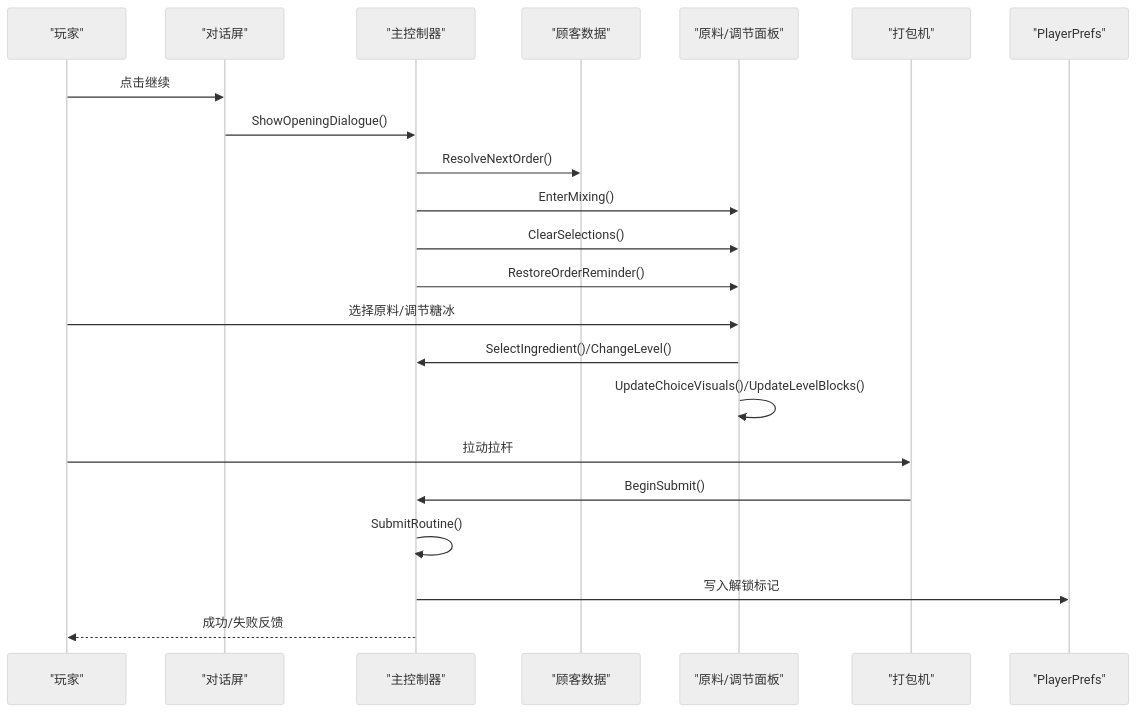
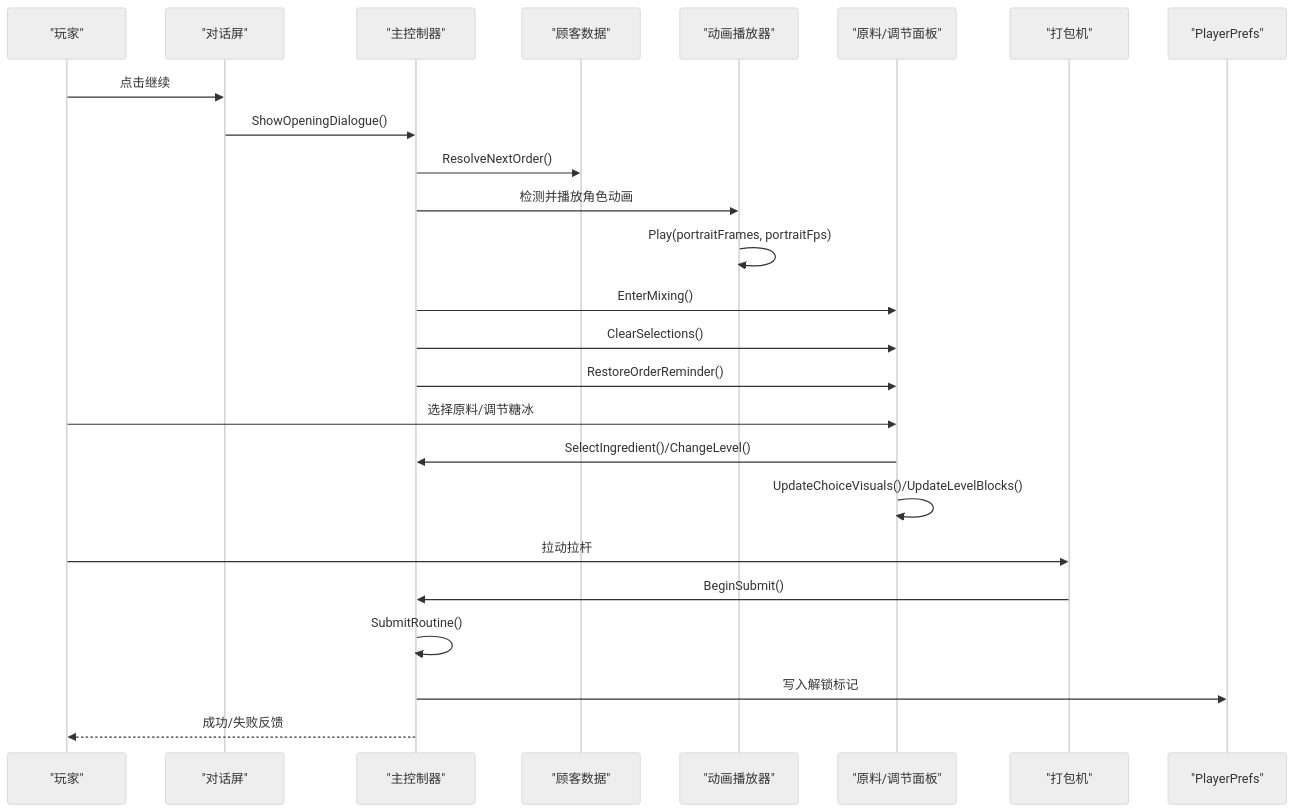
One commit to Thanatos42/-demo changed the second of 10 diagrams in .qoder/repowiki/zh/content/原料管理机制.md. Above: the diagram before and after it, drawn with Mermaid (neutral theme). The commit also changed other lines of this file and 56 other files, not shown here.

````diff
--- a/.qoder/repowiki/zh/content/原料管理机制.md
+++ b/.qoder/repowiki/zh/content/原料管理机制.md
@@ -109,24 +122,27 @@
 ```mermaid
 sequenceDiagram
 participant User as "玩家"
 participant Dialog as "对话屏"
 participant Controller as "主控制器"
 participant Customer as "顾客数据"
+participant Animator as "动画播放器"
 participant Panel as "原料/调节面板"
 participant Machine as "打包机"
 participant Storage as "PlayerPrefs"
 User->>Dialog : 点击继续
 Dialog->>Controller : ShowOpeningDialogue()
 Controller->>Customer : ResolveNextOrder()
+Controller->>Animator : 检测并播放角色动画
+Animator->>Animator : Play(portraitFrames, portraitFps)
 Controller->>Panel : EnterMixing()
 Controller->>Panel : ClearSelections()
 Controller->>Panel : RestoreOrderReminder()
 User->>Panel : 选择原料/调节糖冰
 Panel->>Controller : SelectIngredient()/ChangeLevel()
 Panel->>Panel : UpdateChoiceVisuals()/UpdateLevelBlocks()
 User->>Machine : 拉动拉杆
 Machine->>Controller : BeginSubmit()
 Controller->>Controller : SubmitRoutine()
 Controller->>Storage : 写入解锁标记
 Controller-->>User : 成功/失败反馈
 ```
````
